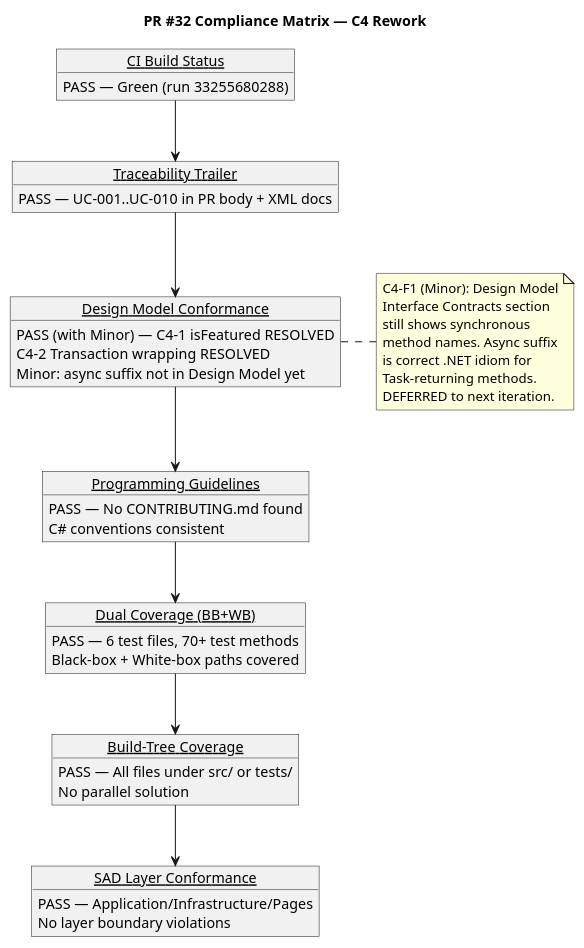
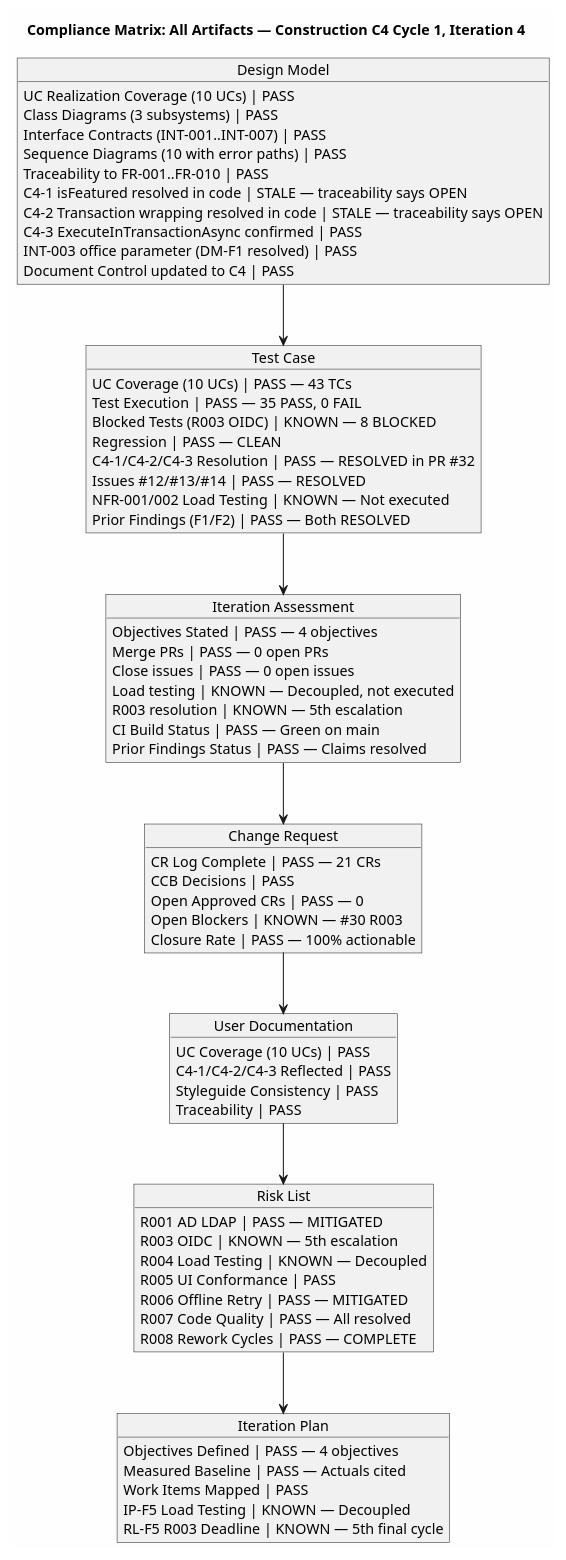
The first of 3 diagrams in docs/artifacts/project-management/review-record.md (banense-test/portal-cuba-corp), drawn with PlantUML before and after one commit. The commit also changed other lines of this file, not shown here.

````diff
--- a/docs/artifacts/project-management/review-record.md
+++ b/docs/artifacts/project-management/review-record.md
@@ -38,52 +44,82 @@
 ```plantuml
 @startuml
-title PR #32 Compliance Matrix — C4 Rework
-skinparam style strictuml
+title Compliance Matrix: All Artifacts — Construction C4 Cycle 1, Iteration 4
+skinparam backgroundColor #FEFEFE
+skinparam shadowing false
 
-object "CI Build Status" as C1 {
-  PASS — Green (run 33255680288)
-}
-object "Traceability Trailer" as C2 {
-  PASS — UC-001..UC-010 in PR body + XML docs
-}
-object "Design Model Conformance" as C3 {
-  PASS (with Minor) — C4-1 isFeatured RESOLVED
-  C4-2 Transaction wrapping RESOLVED
-  Minor: async suffix not in Design Model yet
-}
-object "Programming Guidelines" as C4 {
-  PASS — No CONTRIBUTING.md found
-  C# conventions consistent
-}
-object "Dual Coverage (BB+WB)" as C5 {
-  PASS — 6 test files, 70+ test methods
-  Black-box + White-box paths covered
-}
-object "Build-Tree Coverage" as C6 {
-  PASS — All files under src/ or tests/
-  No parallel solution
-}
-object "SAD Layer Conformance" as C7 {
-  PASS — Application/Infrastructure/Pages
-  No layer boundary violations
+object "Design Model" as DM {
+  UC Realization Coverage (10 UCs) | PASS
+  Class Diagrams (3 subsystems) | PASS
+  Interface Contracts (INT-001..INT-007) | PASS
+  Sequence Diagrams (10 with error paths) | PASS
+  Traceability to FR-001..FR-010 | PASS
+  C4-1 isFeatured resolved in code | STALE — traceability says OPEN
+  C4-2 Transaction wrapping resolved in code | STALE — traceability says OPEN
+  C4-3 ExecuteInTransactionAsync confirmed | PASS
+  INT-003 office parameter (DM-F1 resolved) | PASS
+  Document Control updated to C4 | PASS
 }
 
-C1 --> C2
-C2 --> C3
-C3 --> C4
-C4 --> C5
-C5 --> C6
-C6 --> C7
+object "Test Case" as TC {
+  UC Coverage (10 UCs) | PASS — 43 TCs
+  Test Execution | PASS — 35 PASS, 0 FAIL
+  Blocked Tests (R003 OIDC) | KNOWN — 8 BLOCKED
+  Regression | PASS — CLEAN
+  C4-1/C4-2/C4-3 Resolution | PASS — RESOLVED in PR #32
+  Issues #12/#13/#14 | PASS — RESOLVED
+  NFR-001/002 Load Testing | KNOWN — Not executed
+  Prior Findings (F1/F2) | PASS — Both RESOLVED
+}
 
-note right of C3
-  C4-F1 (Minor): Design Model
-  Interface Contracts section
-  still shows synchronous
-  method names. Async suffix
-  is correct .NET idiom for
-  Task-returning methods.
-  DEFERRED to next iteration.
-end note
+object "Iteration Assessment" as IA {
+  Objectives Stated | PASS — 4 objectives
+  Merge PRs | PASS — 0 open PRs
+  Close issues | PASS — 0 open issues
+  Load testing | KNOWN — Decoupled, not executed
+  R003 resolution | KNOWN — 5th escalation
+  CI Build Status | PASS — Green on main
+  Prior Findings Status | PASS — Claims resolved
+}
+
+object "Change Request" as CR {
+  CR Log Complete | PASS — 21 CRs
+  CCB Decisions | PASS
+  Open Approved CRs | PASS — 0
+  Open Blockers | KNOWN — #30 R003
+  Closure Rate | PASS — 100% actionable
+}
+
+object "User Documentation" as UD {
+  UC Coverage (10 UCs) | PASS
+  C4-1/C4-2/C4-3 Reflected | PASS
+  Styleguide Consistency | PASS
+  Traceability | PASS
+}
+
+object "Risk List" as RL {
+  R001 AD LDAP | PASS — MITIGATED
+  R003 OIDC | KNOWN — 5th escalation
+  R004 Load Testing | KNOWN — Decoupled
+  R005 UI Conformance | PASS
+  R006 Offline Retry | PASS — MITIGATED
+  R007 Code Quality | PASS — All resolved
+  R008 Rework Cycles | PASS — COMPLETE
+}
+
+object "Iteration Plan" as IP {
+  Objectives Defined | PASS — 4 objectives
+  Measured Baseline | PASS — Actuals cited
+  Work Items Mapped | PASS
+  IP-F5 Load Testing | KNOWN — Decoupled
+  RL-F5 R003 Deadline | KNOWN — 5th final cycle
+}
+
+DM --> TC
+TC --> IA
+IA --> CR
+CR --> UD
+UD --> RL
+RL --> IP
 
 @enduml
 ```
````
